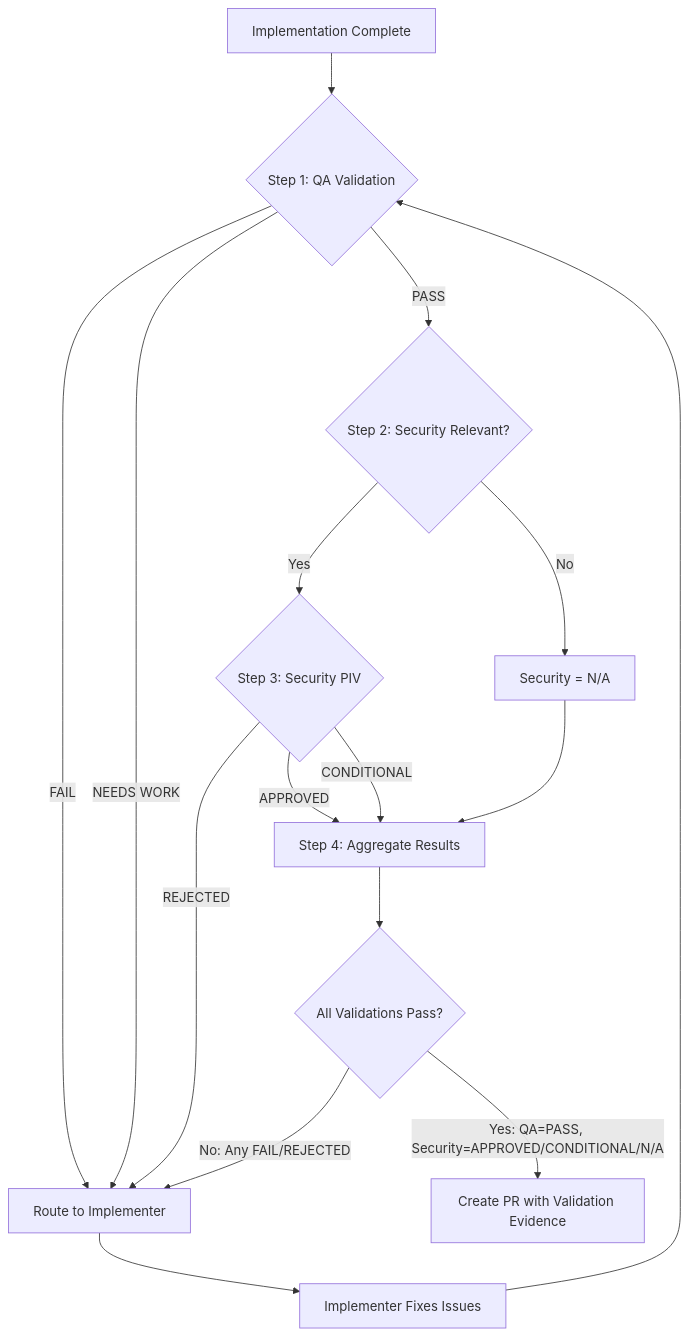
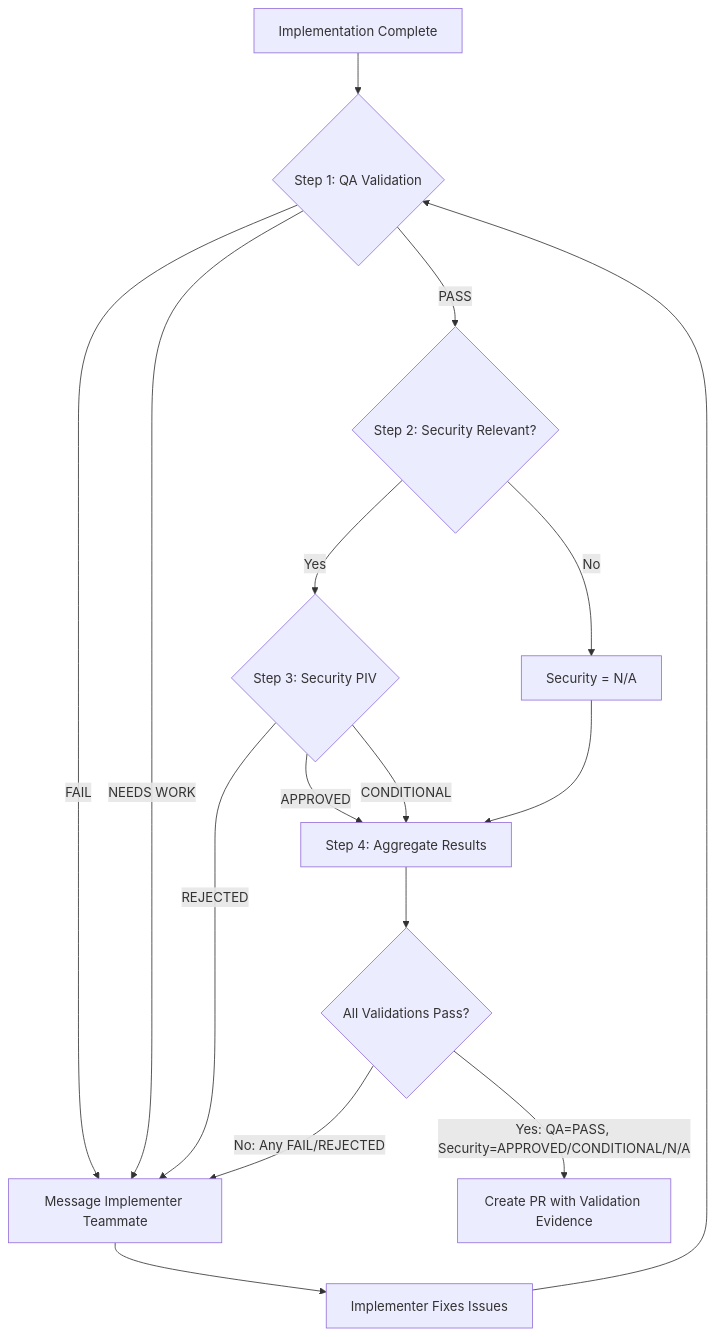
Before and after one commit to loriensleafs/brain: the diagram in apps/claude-plugin/agents/orchestrator.md, drawn with Mermaid. The commit also changed other lines of this file and 9 other files, not shown here.

````diff
--- a/apps/claude-plugin/agents/orchestrator.md
+++ b/apps/claude-plugin/agents/orchestrator.md
@@ -868,22 +1191,22 @@
 ```mermaid
 flowchart TD
     A[Implementation Complete] --> B{Step 1: QA Validation}
     B -->|PASS| C{Step 2: Security Relevant?}
-    B -->|FAIL| D[Route to Implementer]
+    B -->|FAIL| D[Message Implementer Teammate]
     B -->|NEEDS WORK| D
     D --> E[Implementer Fixes Issues]
     E --> B
 
     C -->|Yes| F{Step 3: Security PIV}
     C -->|No| G[Security = N/A]
 
     F -->|APPROVED| H[Step 4: Aggregate Results]
     F -->|CONDITIONAL| H
     F -->|REJECTED| D
 
     G --> H
 
     H --> I{All Validations Pass?}
     I -->|Yes: QA=PASS, Security=APPROVED/CONDITIONAL/N/A| J[Create PR with Validation Evidence]
     I -->|No: Any FAIL/REJECTED| D
 ```
````
